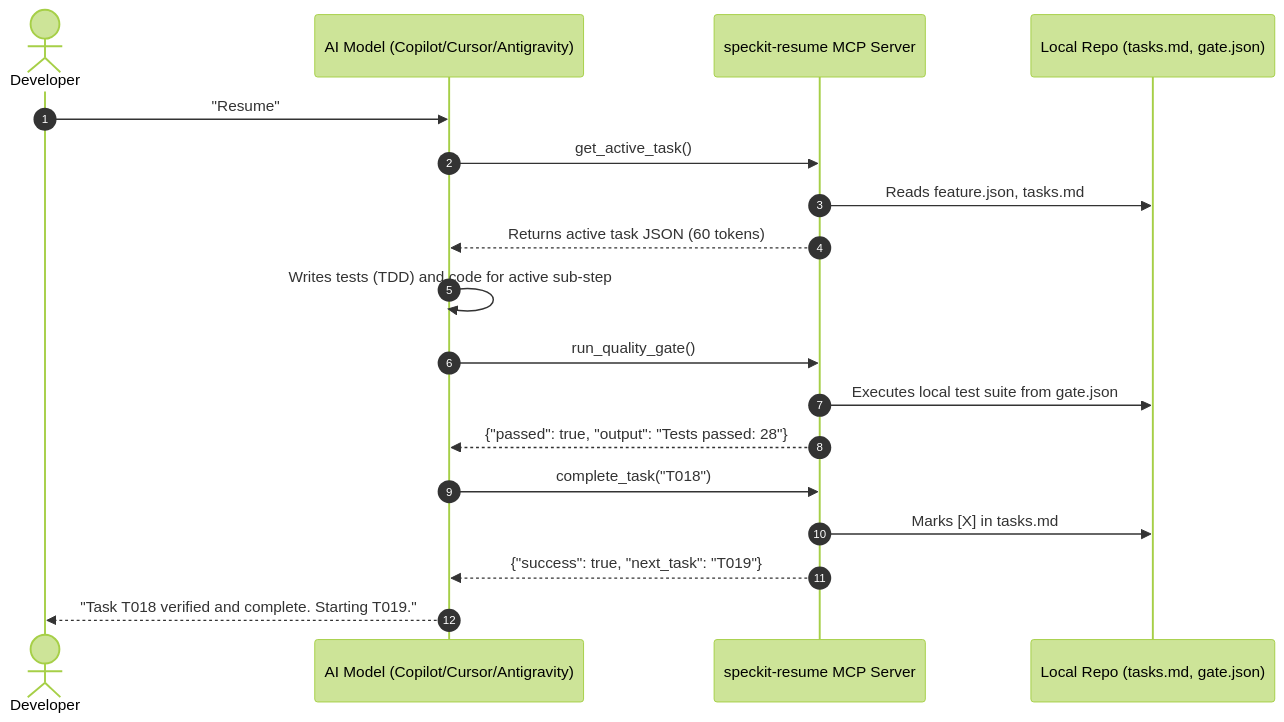
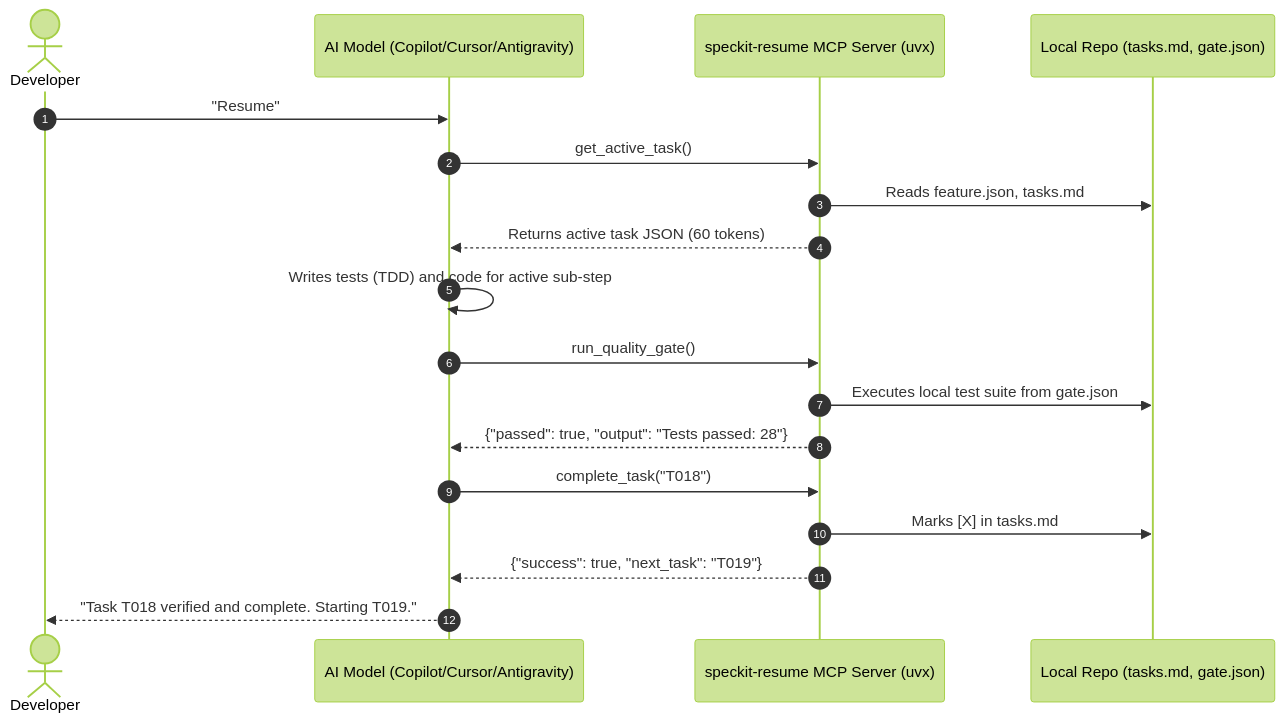
One commit to gauravmb/speckit-resume changed the diagram in README.md. Above: the diagram before and after it, drawn with Mermaid (forest theme). The commit also changed other lines of this file, not shown here.

Commit message:
docs: update to zero-install uvx setup instructions across Antigravity, Cursor, VS Code, and Claude

````diff
--- a/README.md
+++ b/README.md
@@ -200,24 +158,24 @@
 ```mermaid
 sequenceDiagram
     autonumber
     actor Dev as Developer
     participant AI as AI Model (Copilot/Cursor/Antigravity)
-    participant MCP as speckit-resume MCP Server
+    participant MCP as speckit-resume MCP Server (uvx)
     participant Repo as Local Repo (tasks.md, gate.json)
 
     Dev->>AI: "Resume"
     AI->>MCP: get_active_task()
     MCP->>Repo: Reads feature.json, tasks.md
     MCP-->>AI: Returns active task JSON (60 tokens)
     
     AI->>AI: Writes tests (TDD) and code for active sub-step
     
     AI->>MCP: run_quality_gate()
     MCP->>Repo: Executes local test suite from gate.json
     MCP-->>AI: {"passed": true, "output": "Tests passed: 28"}
     
     AI->>MCP: complete_task("T018")
     MCP->>Repo: Marks [X] in tasks.md
     MCP-->>AI: {"success": true, "next_task": "T019"}
     AI-->>Dev: "Task T018 verified and complete. Starting T019."
 ```
````
